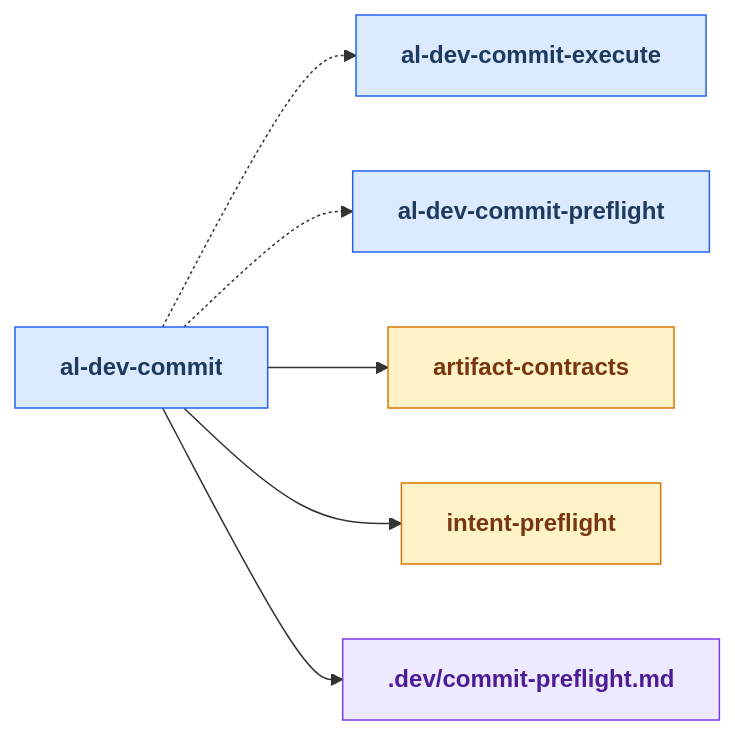
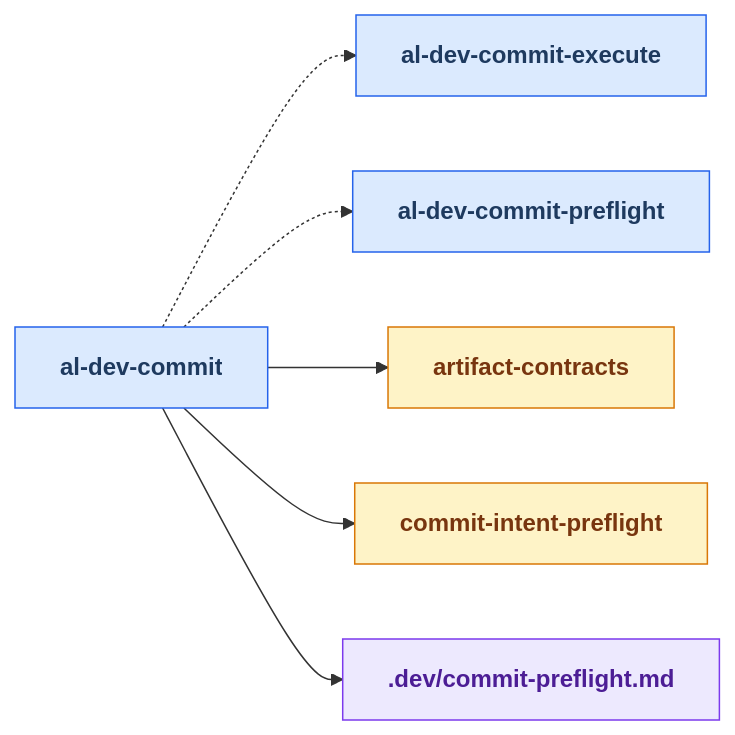
Diagram 13 of 24 in docs/al-dev-skills-map.md (russell-laing/al-dev-shared), drawn with Mermaid before and after one commit. The commit also changed other lines of this file and 5 other files, not shown here.

````diff
--- a/docs/al-dev-skills-map.md
+++ b/docs/al-dev-skills-map.md
@@ -681,28 +678,28 @@
 ```mermaid
 flowchart LR
     classDef skillNode fill:#dbeafe,stroke:#2563eb,color:#1e3a5f,font-weight:bold
     classDef agentNode fill:#d1fae5,stroke:#059669,color:#064e3b,font-weight:bold
     classDef knowledgeNode fill:#fef3c7,stroke:#d97706,color:#78350f,font-weight:bold
     classDef artifactNode fill:#ede9fe,stroke:#7c3aed,color:#4c1d95,font-weight:bold
     classDef phaseNode fill:#e0e7ff,stroke:#6366f1,color:#312e81,font-weight:bold
 
     skill_al_dev_commit[al-dev-commit]
     skill_al_dev_commit_execute[al-dev-commit-execute]
     skill_al_dev_commit_preflight[al-dev-commit-preflight]
     knowledge_artifact_contracts_md[artifact-contracts]
-    knowledge_intent_preflight_md[intent-preflight]
+    knowledge_commit_intent_preflight_md[commit-intent-preflight]
     artifact_commit_preflight_md[.dev/commit-preflight.md]
 
     skill_al_dev_commit -.-> skill_al_dev_commit_execute
     skill_al_dev_commit -.-> skill_al_dev_commit_preflight
     skill_al_dev_commit --> knowledge_artifact_contracts_md
-    skill_al_dev_commit --> knowledge_intent_preflight_md
+    skill_al_dev_commit --> knowledge_commit_intent_preflight_md
     skill_al_dev_commit --> artifact_commit_preflight_md
 
     class skill_al_dev_commit skillNode
     class skill_al_dev_commit_execute skillNode
     class skill_al_dev_commit_preflight skillNode
     class knowledge_artifact_contracts_md knowledgeNode
-    class knowledge_intent_preflight_md knowledgeNode
+    class knowledge_commit_intent_preflight_md knowledgeNode
     class artifact_commit_preflight_md artifactNode
 ```
````
